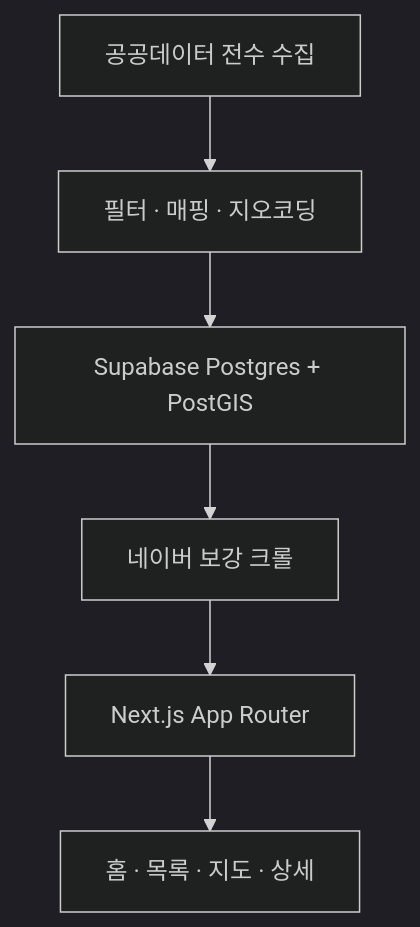
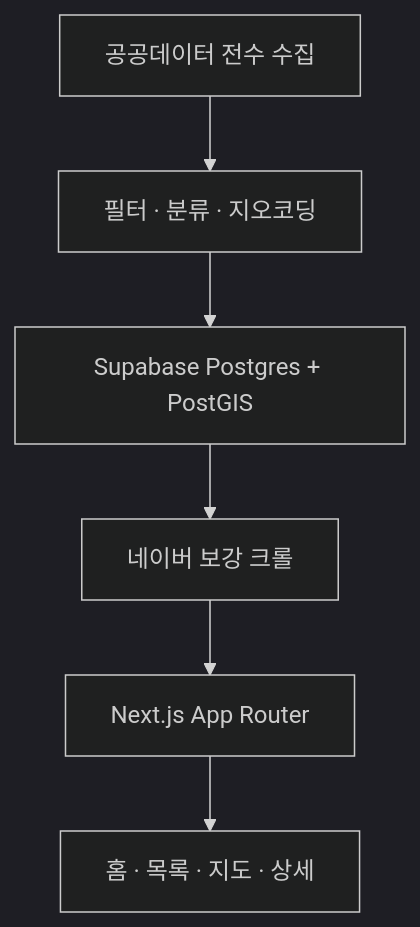
The diagram in portfolio.md (P0it/saunau), drawn with Mermaid (dark theme) before and after one commit. The commit also changed other lines of this file, not shown here.

````diff
--- a/portfolio.md
+++ b/portfolio.md
@@ -228,8 +252,8 @@
 ```mermaid
 flowchart TD
-  A[공공데이터 전수 수집] --> B[필터 · 매핑 · 지오코딩]
+  A[공공데이터 전수 수집] --> B[필터 · 분류 · 지오코딩]
   B --> C[Supabase Postgres + PostGIS]
   C --> D[네이버 보강 크롤]
   D --> E[Next.js App Router]
   E --> F[홈 · 목록 · 지도 · 상세]
 ```
````
